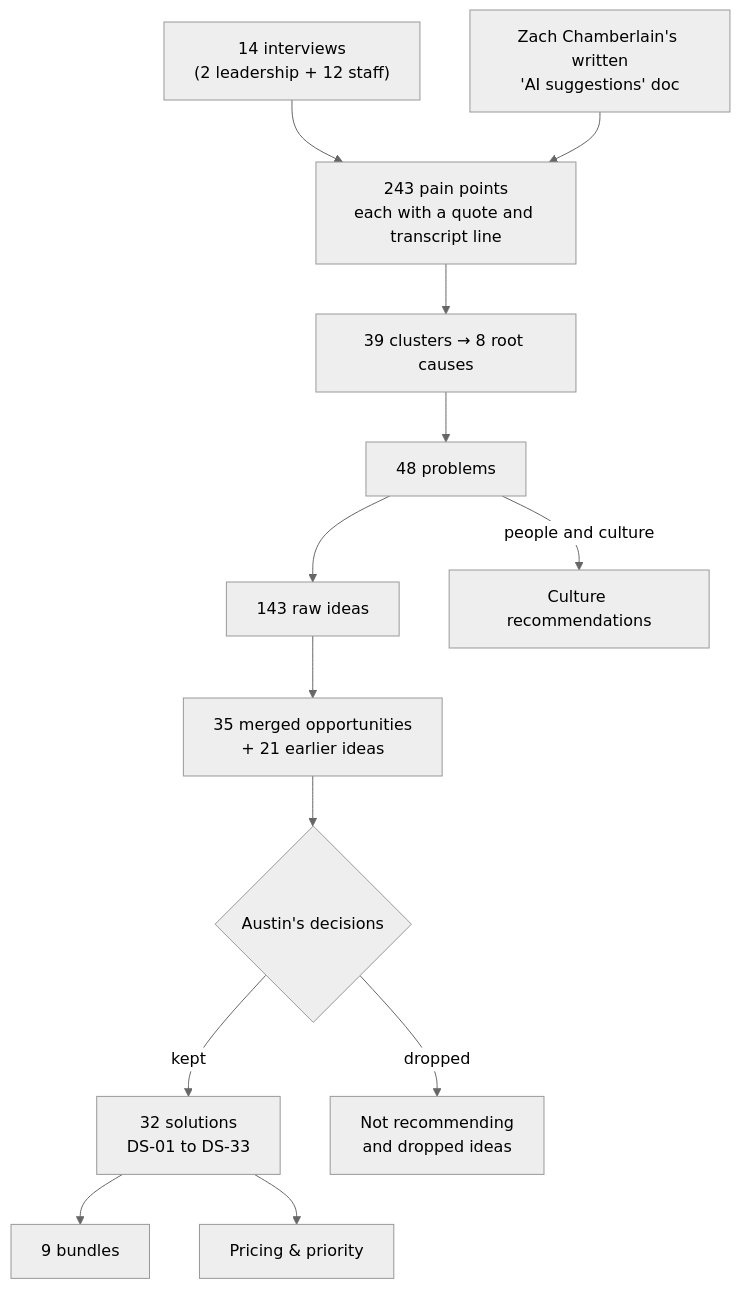
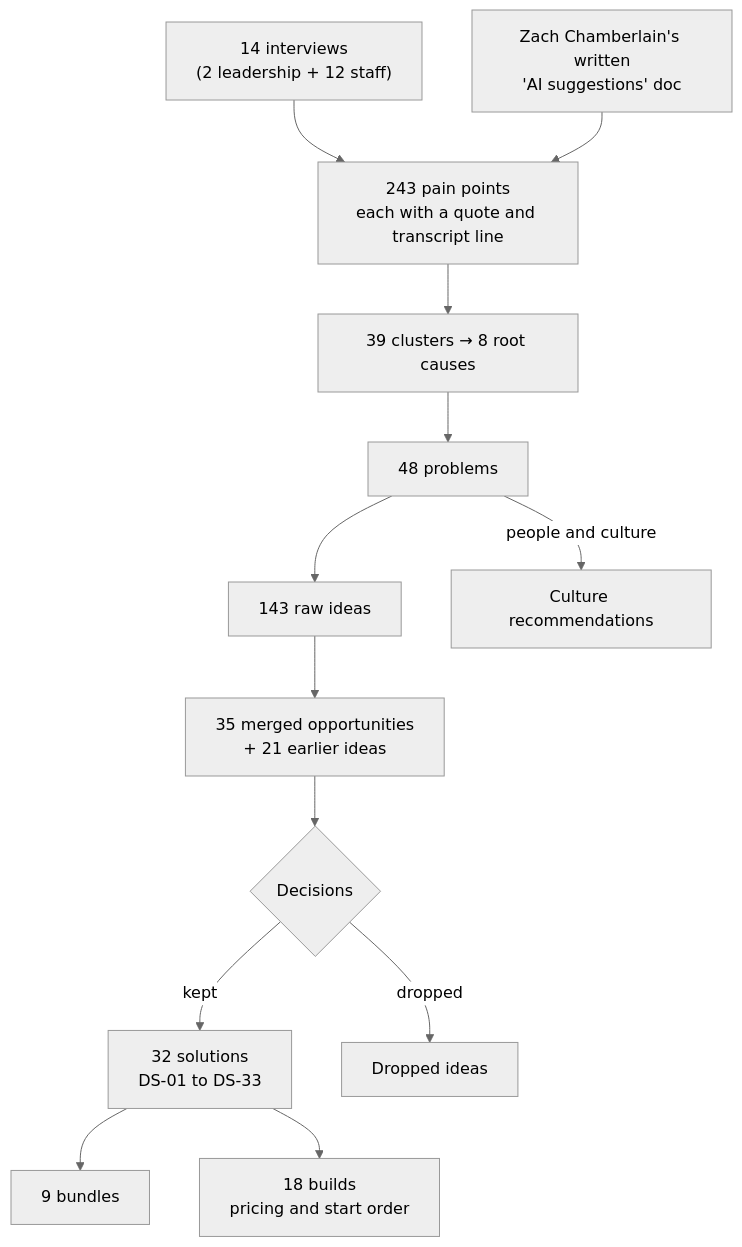
The first of 2 diagrams in README.md (transperaai/aperitif-research-pack), drawn with Mermaid (neutral theme) before and after one commit. The commit also changed other lines of this file and 181 other files, not shown here.

````diff
--- a/README.md
+++ b/README.md
@@ -21,15 +21,15 @@
 ```mermaid
 flowchart TD
   I["14 interviews<br/>(2 leadership + 12 staff)"] --> PP["243 pain points<br/>each with a quote and transcript line"]
   W["Zach Chamberlain's written<br/>'AI suggestions' doc"] --> PP
   PP --> CL["39 clusters → 8 root causes"]
   CL --> P["48 problems"]
   P --> RO["143 raw ideas"]
   RO --> O["35 merged opportunities<br/>+ 21 earlier ideas"]
-  O --> D{"Austin's decisions"}
+  O --> D{"Decisions"}
   D -->|kept| DS["32 solutions<br/>DS-01 to DS-33"]
-  D -->|dropped| NR["Not recommending<br/>and dropped ideas"]
+  D -->|dropped| NR["Dropped ideas"]
   P -->|people and culture| CR["Culture recommendations"]
   DS --> B["9 bundles"]
-  DS --> PR["Pricing & priority"]
+  DS --> PR["18 builds<br/>pricing and start order"]
 ```
````
